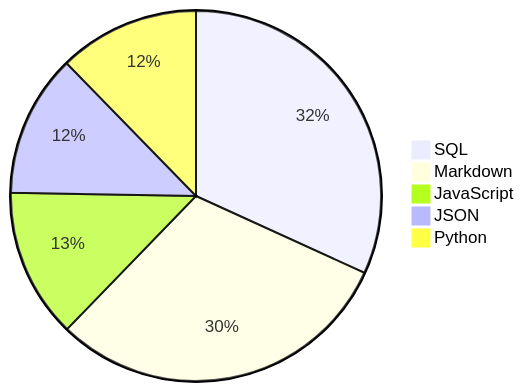
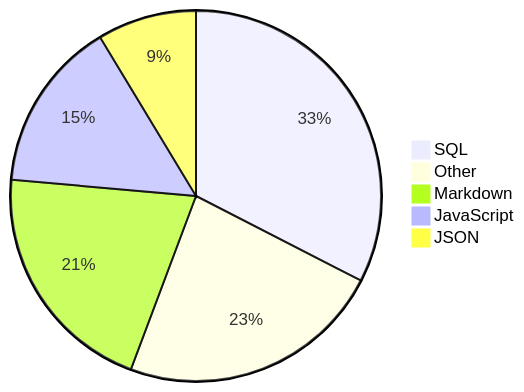
One commit to Alicia111/alicia111 changed the diagram in README.md. Above: the diagram before and after it, drawn with Mermaid.

Commit message:
Update WakaTime stats (・ω・)b

````diff
--- a/README.md
+++ b/README.md
@@ -32,8 +32,8 @@
 ```mermaid
 pie
-    "SQL" : 29.75
-    "Markdown" : 28.46
-    "JavaScript" : 12.2
-    "JSON" : 11.61
-    "Python" : 11.5
+    "SQL" : 26.87
+    "Other" : 19.13
+    "Markdown" : 17.08
+    "JavaScript" : 12.34
+    "JSON" : 7.14
 ```
````
